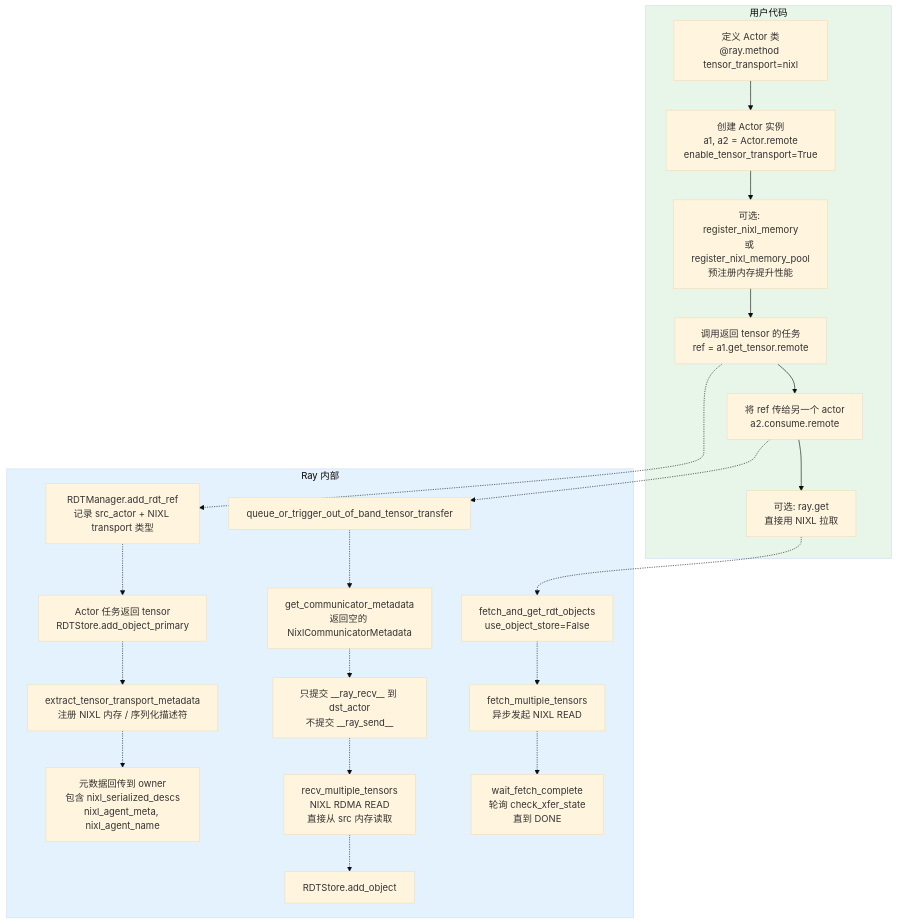
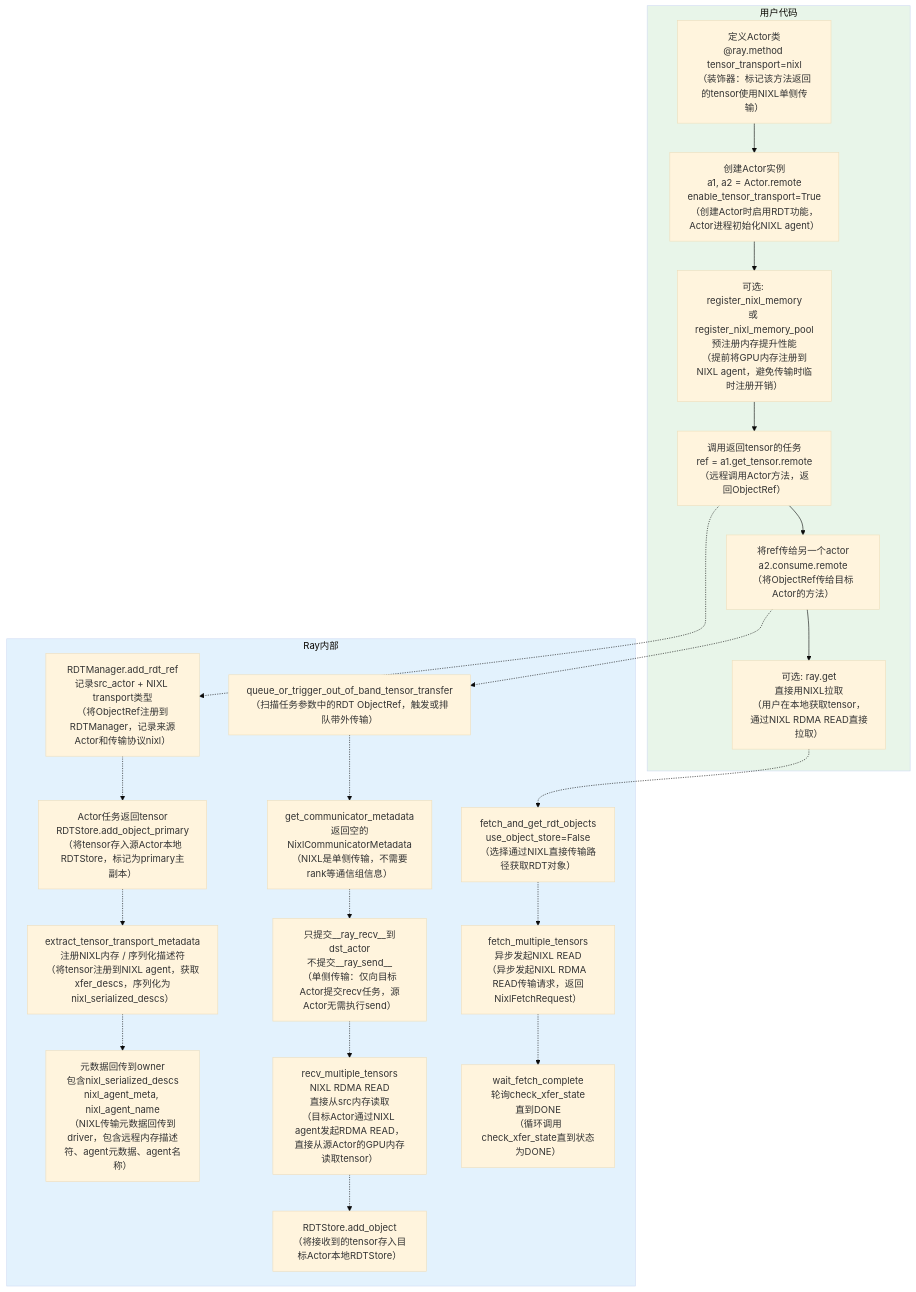
The third of 8 diagrams in doc/source/ray-core/direct-transport/rdt-architecture-analysis.md (wangguimin18-boop/ray-project), drawn with Mermaid (base theme) before and after one commit. The commit also changed other lines of this file, not shown here.

Commit message:
docs(rdt): add comprehensive Chinese annotations to all diagrams in architecture analysis

````diff
--- a/doc/source/ray-core/direct-transport/rdt-architecture-analysis.md
+++ b/doc/source/ray-core/direct-transport/rdt-architecture-analysis.md
@@ -270,28 +425,28 @@
 ```mermaid
 flowchart TB
     subgraph UserCode["用户代码"]
-        A["定义 Actor 类<br>@ray.method tensor_transport=nixl"] --> B["创建 Actor 实例<br>a1, a2 = Actor.remote<br>enable_tensor_transport=True"]
-        B --> C[可选: register_nixl_memory<br>或 register_nixl_memory_pool<br>预注册内存提升性能]
-        C --> D[调用返回 tensor 的任务<br>ref = a1.get_tensor.remote]
-        D --> E[将 ref 传给另一个 actor<br>a2.consume.remote]
-        E --> F[可选: ray.get<br>直接用 NIXL 拉取]
+        A["定义Actor类<br>@ray.method tensor_transport=nixl<br>（装饰器：标记该方法返回的tensor使用NIXL单侧传输）"] --> B["创建Actor实例<br>a1, a2 = Actor.remote<br>enable_tensor_transport=True<br>（创建Actor时启用RDT功能，Actor进程初始化NIXL agent）"]
+        B --> C["可选: register_nixl_memory<br>或 register_nixl_memory_pool<br>预注册内存提升性能<br>（提前将GPU内存注册到NIXL agent，避免传输时临时注册开销）"]
+        C --> D["调用返回tensor的任务<br>ref = a1.get_tensor.remote<br>（远程调用Actor方法，返回ObjectRef）"]
+        D --> E["将ref传给另一个actor<br>a2.consume.remote<br>（将ObjectRef传给目标Actor的方法）"]
+        E --> F["可选: ray.get<br>直接用NIXL拉取<br>（用户在本地获取tensor，通过NIXL RDMA READ直接拉取）"]
     end
 
-    subgraph RayInternals["Ray 内部"]
-        D -.-> D1[RDTManager.add_rdt_ref<br>记录 src_actor + NIXL transport 类型]
-        D1 -.-> D2[Actor 任务返回 tensor<br>RDTStore.add_object_primary]
-        D2 -.-> D3[extract_tensor_transport_metadata<br>注册 NIXL 内存 / 序列化描述符]
-        D3 -.-> D4[元数据回传到 owner<br>包含 nixl_serialized_descs<br>nixl_agent_meta, nixl_agent_name]
-        E -.-> E1[queue_or_trigger_out_of_band_tensor_transfer]
-        E1 -.-> E2[get_communicator_metadata<br>返回空的 NixlCommunicatorMetadata]
-        E2 -.-> E3[只提交 __ray_recv__ 到 dst_actor<br>不提交 __ray_send__]
-        E3 -.-> E4[recv_multiple_tensors<br>NIXL RDMA READ<br>直接从 src 内存读取]
-        E4 -.-> E5[RDTStore.add_object]
-        F -.-> F1[fetch_and_get_rdt_objects<br>use_object_store=False]
-        F1 -.-> F2[fetch_multiple_tensors<br>异步发起 NIXL READ]
-        F2 -.-> F3[wait_fetch_complete<br>轮询 check_xfer_state<br>直到 DONE]
+    subgraph RayInternals["Ray内部"]
+        D -.-> D1["RDTManager.add_rdt_ref<br>记录src_actor + NIXL transport类型<br>（将ObjectRef注册到RDTManager，记录来源Actor和传输协议nixl）"]
+        D1 -.-> D2["Actor任务返回tensor<br>RDTStore.add_object_primary<br>（将tensor存入源Actor本地RDTStore，标记为primary主副本）"]
+        D2 -.-> D3["extract_tensor_transport_metadata<br>注册NIXL内存 / 序列化描述符<br>（将tensor注册到NIXL agent，获取xfer_descs，序列化为nixl_serialized_descs）"]
+        D3 -.-> D4["元数据回传到owner<br>包含nixl_serialized_descs<br>nixl_agent_meta, nixl_agent_name<br>（NIXL传输元数据回传到driver，包含远程内存描述符、agent元数据、agent名称）"]
+        E -.-> E1["queue_or_trigger_out_of_band_tensor_transfer<br>（扫描任务参数中的RDT ObjectRef，触发或排队带外传输）"]
+        E1 -.-> E2["get_communicator_metadata<br>返回空的NixlCommunicatorMetadata<br>（NIXL是单侧传输，不需要rank等通信组信息）"]
+        E2 -.-> E3["只提交__ray_recv__到dst_actor<br>不提交__ray_send__<br>（单侧传输：仅向目标Actor提交recv任务，源Actor无需执行send）"]
+        E3 -.-> E4["recv_multiple_tensors<br>NIXL RDMA READ<br>直接从src内存读取<br>（目标Actor通过NIXL agent发起RDMA READ，直接从源Actor的GPU内存读取tensor）"]
+        E4 -.-> E5["RDTStore.add_object<br>（将接收到的tensor存入目标Actor本地RDTStore）"]
+        F -.-> F1["fetch_and_get_rdt_objects<br>use_object_store=False<br>（选择通过NIXL直接传输路径获取RDT对象）"]
+        F1 -.-> F2["fetch_multiple_tensors<br>异步发起NIXL READ<br>（异步发起NIXL RDMA READ传输请求，返回NixlFetchRequest）"]
+        F2 -.-> F3["wait_fetch_complete<br>轮询check_xfer_state<br>直到DONE<br>（循环调用check_xfer_state直到状态为DONE）"]
     end
 
     style UserCode fill:#e8f5e9
     style RayInternals fill:#e3f2fd
 ```
````
